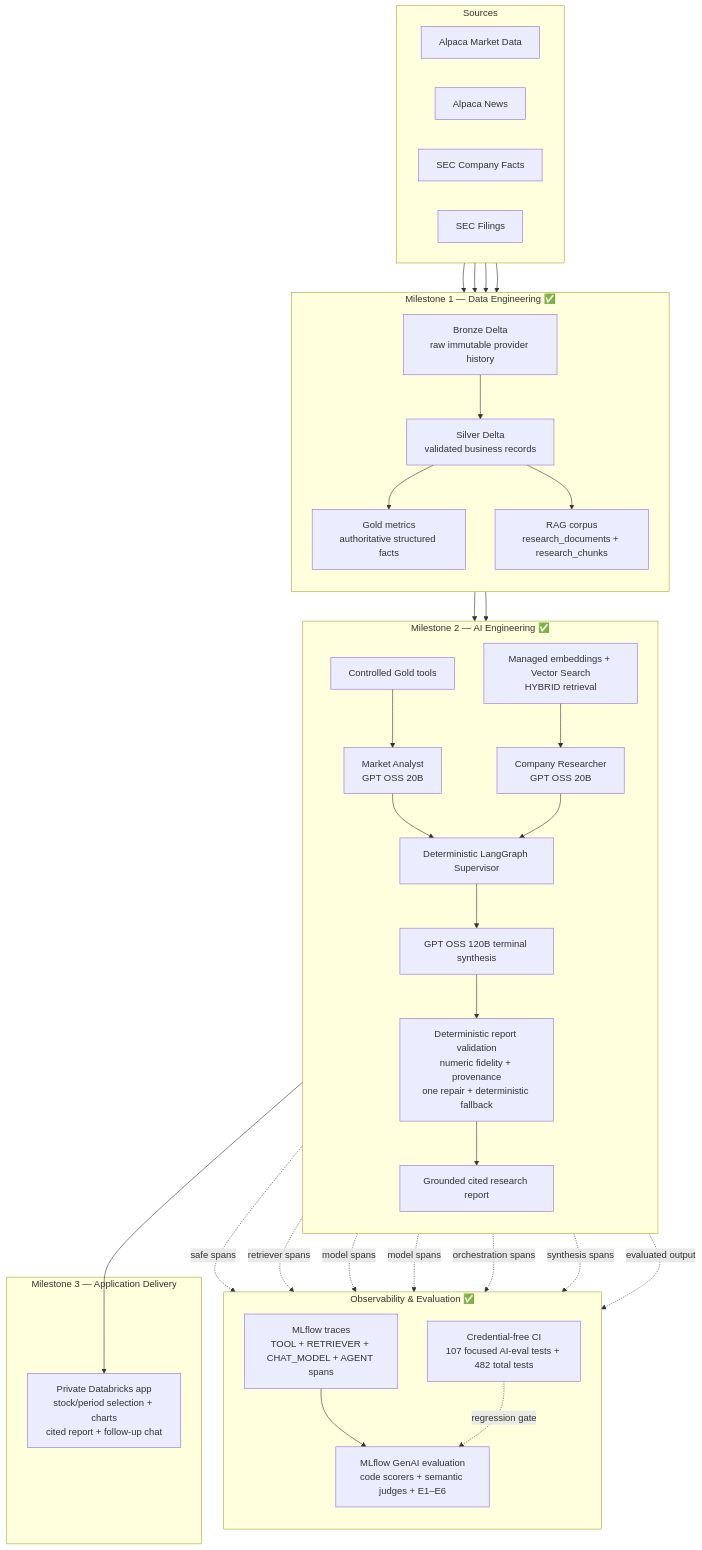
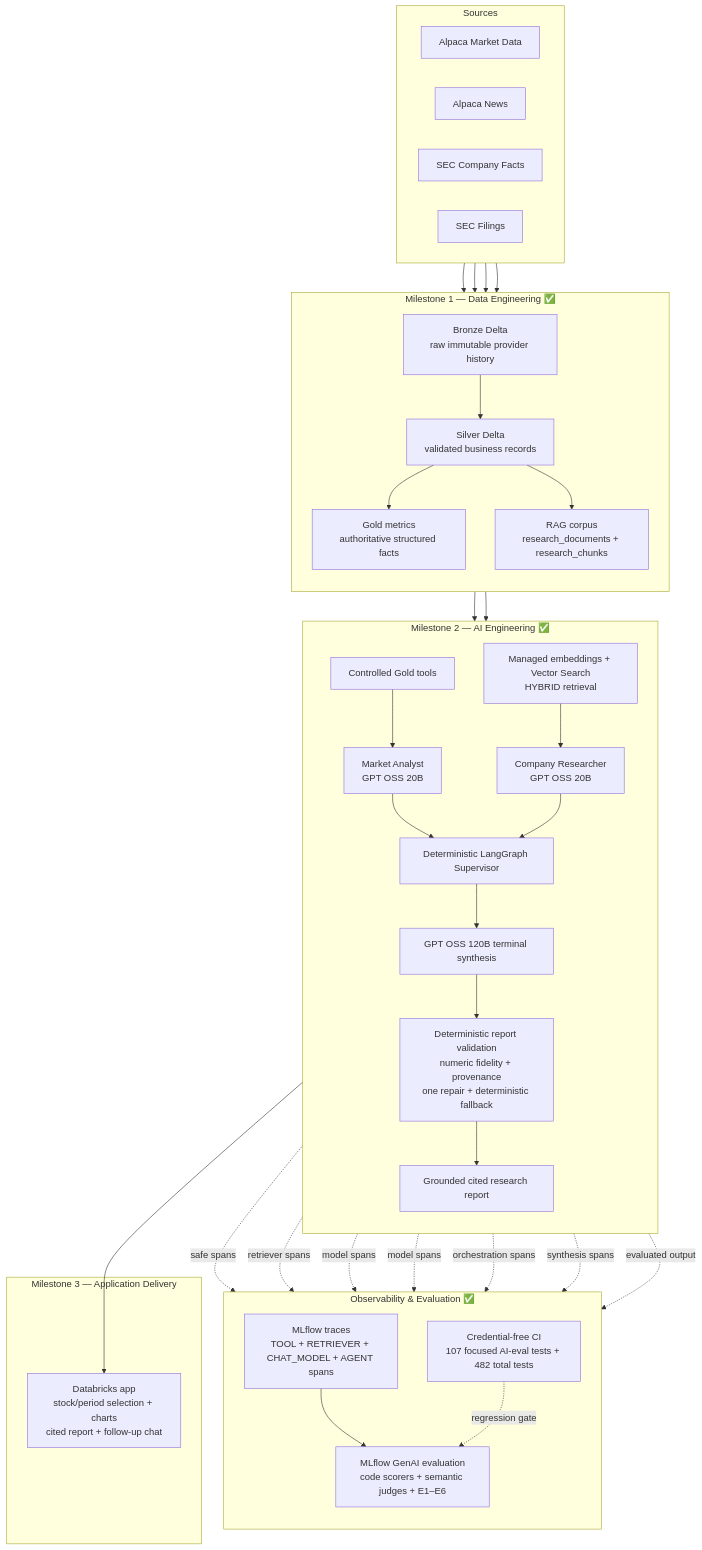
The diagram in README.md (maghdam/multi-agent-equity-research-system-on-databricks), drawn with Mermaid before and after one commit.

Commit message:
docs: clarify Databricks app wording

````diff
--- a/README.md
+++ b/README.md
@@ -45,69 +45,69 @@
 ```mermaid
 flowchart TB
     subgraph SRC["Sources"]
         direction LR
         A1["Alpaca Market Data"]
         A2["Alpaca News"]
         E1["SEC Company Facts"]
         E2["SEC Filings"]
     end
 
     subgraph DE["Milestone 1 — Data Engineering ✅"]
         direction TB
         B["Bronze Delta<br/>raw immutable provider history"]
         S["Silver Delta<br/>validated business records"]
         G["Gold metrics<br/>authoritative structured facts"]
         R["RAG corpus<br/>research_documents + research_chunks"]
     end
 
     subgraph AI["Milestone 2 — AI Engineering ✅"]
         direction TB
         CT["Controlled Gold tools"]
         VS["Managed embeddings + Vector Search<br/>HYBRID retrieval"]
         MA["Market Analyst<br/>GPT OSS 20B"]
         CR["Company Researcher<br/>GPT OSS 20B"]
         SUP["Deterministic LangGraph Supervisor"]
         SYN["GPT OSS 120B terminal synthesis"]
         VAL["Deterministic report validation<br/>numeric fidelity + provenance<br/>one repair + deterministic fallback"]
         REP["Grounded cited research report"]
     end
 
     subgraph OBS["Observability & Evaluation ✅"]
         direction TB
         TR["MLflow traces<br/>TOOL + RETRIEVER + CHAT_MODEL + AGENT spans"]
         EV["MLflow GenAI evaluation<br/>code scorers + semantic judges + E1–E6"]
         CI["Credential-free CI<br/>107 focused AI-eval tests + 482 total tests"]
     end
 
     subgraph APP["Milestone 3 — Application Delivery"]
-        UI["Private Databricks app<br/>stock/period selection + charts<br/>cited report + follow-up chat"]
+        UI["Databricks app<br/>stock/period selection + charts<br/>cited report + follow-up chat"]
     end
 
     A1 --> B
     A2 --> B
     E1 --> B
     E2 --> B
 
     B --> S
     S --> G
     S --> R
 
     G --> CT --> MA
     R --> VS --> CR
 
     MA --> SUP
     CR --> SUP
     SUP --> SYN --> VAL --> REP
 
     CT -. safe spans .-> TR
     VS -. retriever spans .-> TR
     MA -. model spans .-> TR
     CR -. model spans .-> TR
     SUP -. orchestration spans .-> TR
     SYN -. synthesis spans .-> TR
     REP -. evaluated output .-> EV
     TR --> EV
     CI -. regression gate .-> EV
 
     REP --> UI
 ```
````
